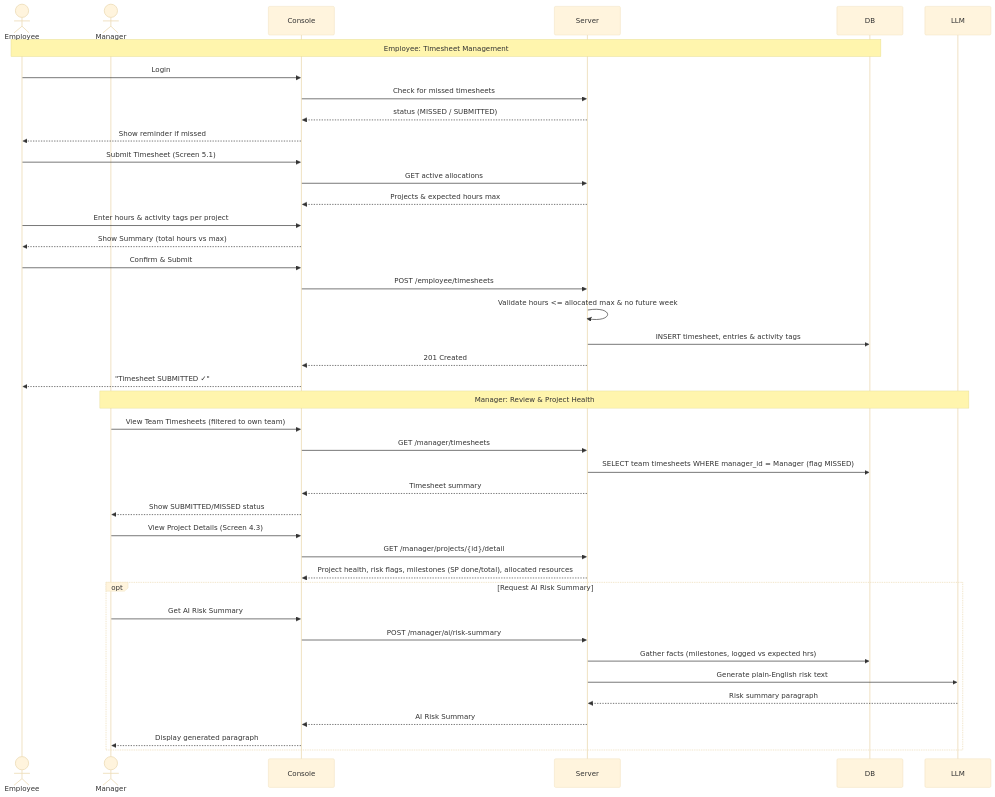
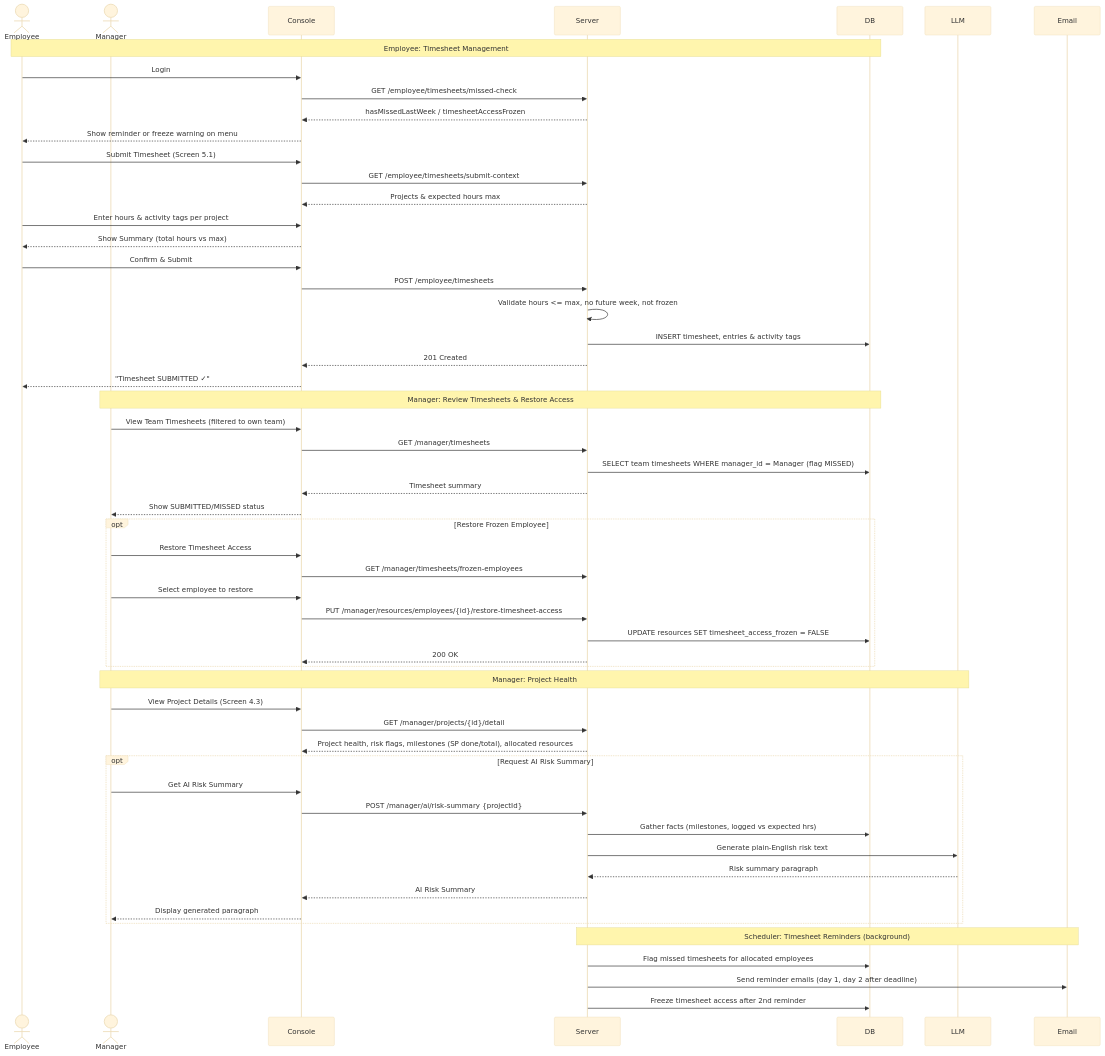
One commit to RiyaAmetaITT/Project-Resource-Management-tool changed the fourth of 5 diagrams in UML Design/sequence_diagrams.md. Above: the diagram before and after it, drawn with Mermaid (base theme). The commit also changed other lines of this file and 74 other files, not shown here.

````diff
--- a/UML Design/sequence_diagrams.md
+++ b/UML Design/sequence_diagrams.md
@@ -168,48 +184,64 @@
 ```mermaid
 sequenceDiagram
     actor Employee
     actor Manager
     participant Console
     participant Server
     participant DB
     participant LLM
+    participant Email
 
     Note over Employee,DB: Employee: Timesheet Management
     Employee->>Console: Login
-    Console->>Server: Check for missed timesheets
-    Server-->>Console: status (MISSED / SUBMITTED)
-    Console-->>Employee: Show reminder if missed
+    Console->>Server: GET /employee/timesheets/missed-check
+    Server-->>Console: hasMissedLastWeek / timesheetAccessFrozen
+    Console-->>Employee: Show reminder or freeze warning on menu
 
     Employee->>Console: Submit Timesheet (Screen 5.1)
-    Console->>Server: GET active allocations
+    Console->>Server: GET /employee/timesheets/submit-context
     Server-->>Console: Projects & expected hours max
     Employee->>Console: Enter hours & activity tags per project
     Console-->>Employee: Show Summary (total hours vs max)
     Employee->>Console: Confirm & Submit
     Console->>Server: POST /employee/timesheets
-    Server->>Server: Validate hours <= allocated max & no future week
+    Server->>Server: Validate hours <= max, no future week, not frozen
     Server->>DB: INSERT timesheet, entries & activity tags
     Server-->>Console: 201 Created
     Console-->>Employee: "Timesheet SUBMITTED ✓"
 
-    Note over Manager,LLM: Manager: Review & Project Health
+    Note over Manager,DB: Manager: Review Timesheets & Restore Access
     Manager->>Console: View Team Timesheets (filtered to own team)
     Console->>Server: GET /manager/timesheets
     Server->>DB: SELECT team timesheets WHERE manager_id = Manager (flag MISSED)
     Server-->>Console: Timesheet summary
     Console-->>Manager: Show SUBMITTED/MISSED status
 
+    opt Restore Frozen Employee
+        Manager->>Console: Restore Timesheet Access
+        Console->>Server: GET /manager/timesheets/frozen-employees
+        Manager->>Console: Select employee to restore
+        Console->>Server: PUT /manager/resources/employees/{id}/restore-timesheet-access
+        Server->>DB: UPDATE resources SET timesheet_access_frozen = FALSE
+        Server-->>Console: 200 OK
+    end
+
+    Note over Manager,LLM: Manager: Project Health
     Manager->>Console: View Project Details (Screen 4.3)
     Console->>Server: GET /manager/projects/{id}/detail
     Server-->>Console: Project health, risk flags, milestones (SP done/total), allocated resources
 
     opt Request AI Risk Summary
         Manager->>Console: Get AI Risk Summary
-        Console->>Server: POST /manager/ai/risk-summary
+        Console->>Server: POST /manager/ai/risk-summary {projectId}
         Server->>DB: Gather facts (milestones, logged vs expected hrs)
         Server->>LLM: Generate plain-English risk text
         LLM-->>Server: Risk summary paragraph
         Server-->>Console: AI Risk Summary
         Console-->>Manager: Display generated paragraph
     end
+
+    Note over Server,Email: Scheduler: Timesheet Reminders (background)
+    Server->>DB: Flag missed timesheets for allocated employees
+    Server->>Email: Send reminder emails (day 1, day 2 after deadline)
+    Server->>DB: Freeze timesheet access after 2nd reminder
 ```
````
